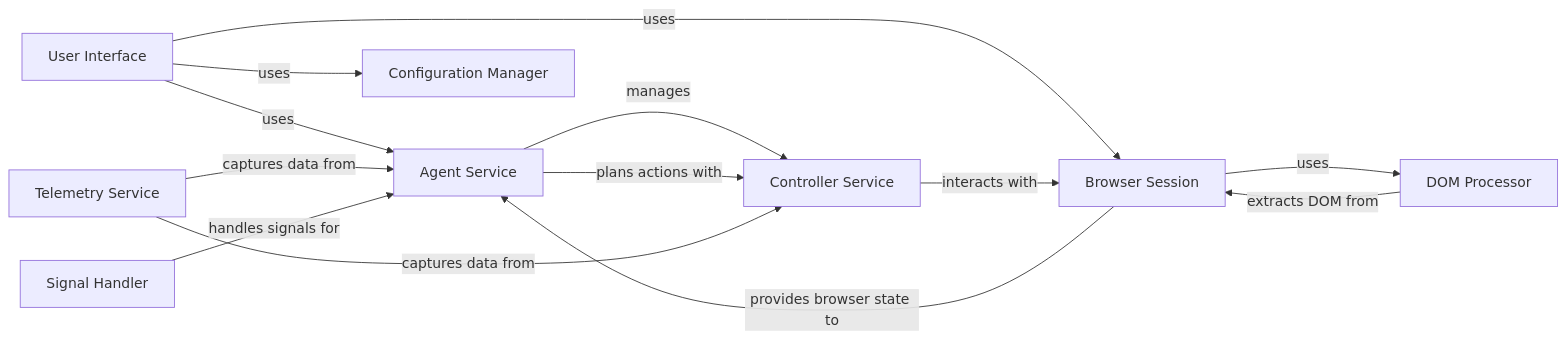
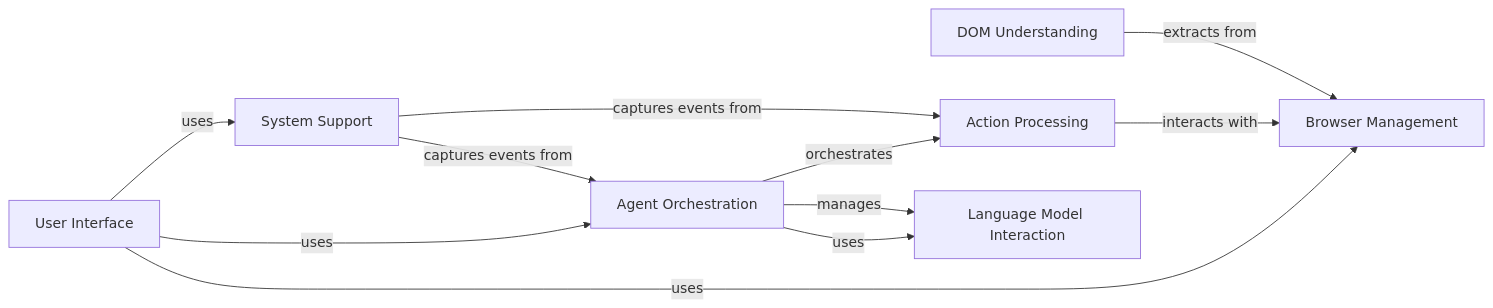
One commit to CodeBoarding/GeneratedOnBoardings changed the diagram in browser-use/on_boarding.md. Above: the diagram before and after it, drawn with Mermaid. The commit also changed other lines of this file and 14 other files, not shown here.

````diff
--- a/browser-use/on_boarding.md
+++ b/browser-use/on_boarding.md
@@ -1,23 +1,27 @@
 ```mermaid
 graph LR
     User_Interface["User Interface"]
-    Agent_Service["Agent Service"]
-    Controller_Service["Controller Service"]
-    Browser_Session["Browser Session"]
-    DOM_Processor["DOM Processor"]
-    Telemetry_Service["Telemetry Service"]
-    Configuration_Manager["Configuration Manager"]
-    Signal_Handler["Signal Handler"]
-    User_Interface -- "uses" --> Configuration_Manager
-    User_Interface -- "uses" --> Agent_Service
-    User_Interface -- "uses" --> Browser_Session
-    Agent_Service -- "manages" --> Controller_Service
-    Agent_Service -- "plans actions with" --> Controller_Service
-    Controller_Service -- "interacts with" --> Browser_Session
-    DOM_Processor -- "extracts DOM from" --> Browser_Session
-    Telemetry_Service -- "captures data from" --> Agent_Service
-    Telemetry_Service -- "captures data from" --> Controller_Service
-    Signal_Handler -- "handles signals for" --> Agent_Service
-    Browser_Session -- "provides browser state to" --> Agent_Service
-    Browser_Session -- "uses" --> DOM_Processor
+    Agent_Orchestration["Agent Orchestration"]
+    Browser_Management["Browser Management"]
+    Action_Processing["Action Processing"]
+    DOM_Understanding["DOM Understanding"]
+    Language_Model_Interaction["Language Model Interaction"]
+    System_Support["System Support"]
+    User_Interface -- "uses" --> Agent_Orchestration
+    User_Interface -- "uses" --> Browser_Management
+    Agent_Orchestration -- "orchestrates" --> Action_Processing
+    Action_Processing -- "interacts with" --> Browser_Management
+    DOM_Understanding -- "extracts from" --> Browser_Management
+    Agent_Orchestration -- "uses" --> Language_Model_Interaction
+    System_Support -- "captures events from" --> Agent_Orchestration
+    System_Support -- "captures events from" --> Action_Processing
+    User_Interface -- "uses" --> System_Support
+    Agent_Orchestration -- "manages" --> Language_Model_Interaction
+    click User_Interface href "https://github.com/CodeBoarding/GeneratedOnBoardings/blob/main/browser-use/User Interface.md" "Details"
+    click Agent_Orchestration href "https://github.com/CodeBoarding/GeneratedOnBoardings/blob/main/browser-use/Agent Orchestration.md" "Details"
+    click Browser_Management href "https://github.com/CodeBoarding/GeneratedOnBoardings/blob/main/browser-use/Browser Management.md" "Details"
+    click Action_Processing href "https://github.com/CodeBoarding/GeneratedOnBoardings/blob/main/browser-use/Action Processing.md" "Details"
+    click DOM_Understanding href "https://github.com/CodeBoarding/GeneratedOnBoardings/blob/main/browser-use/DOM Understanding.md" "Details"
+    click Language_Model_Interaction href "https://github.com/CodeBoarding/GeneratedOnBoardings/blob/main/browser-use/Language Model Interaction.md" "Details"
+    click System_Support href "https://github.com/CodeBoarding/GeneratedOnBoardings/blob/main/browser-use/System Support.md" "Details"
 ```
````
